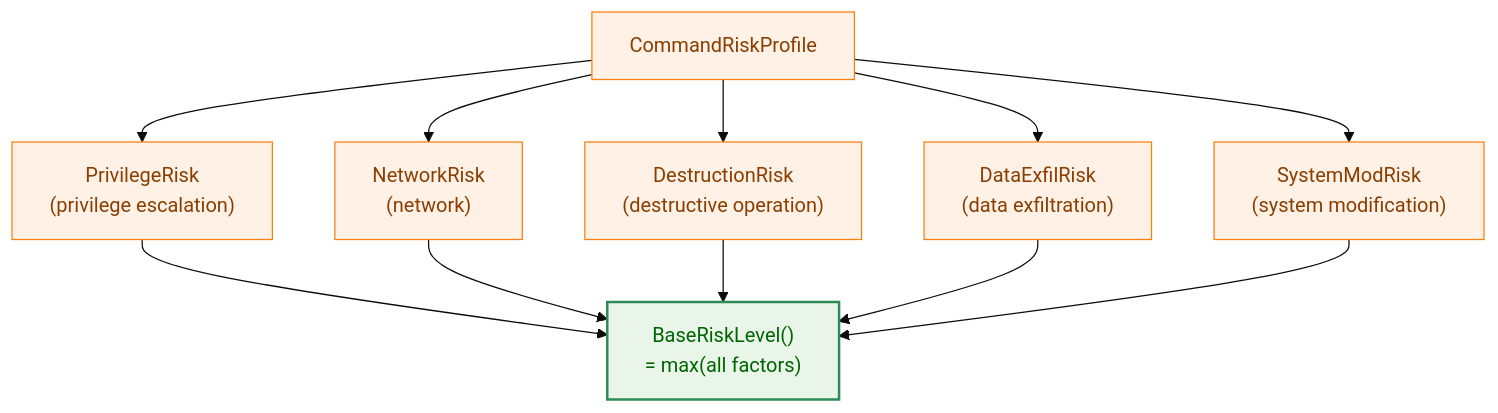
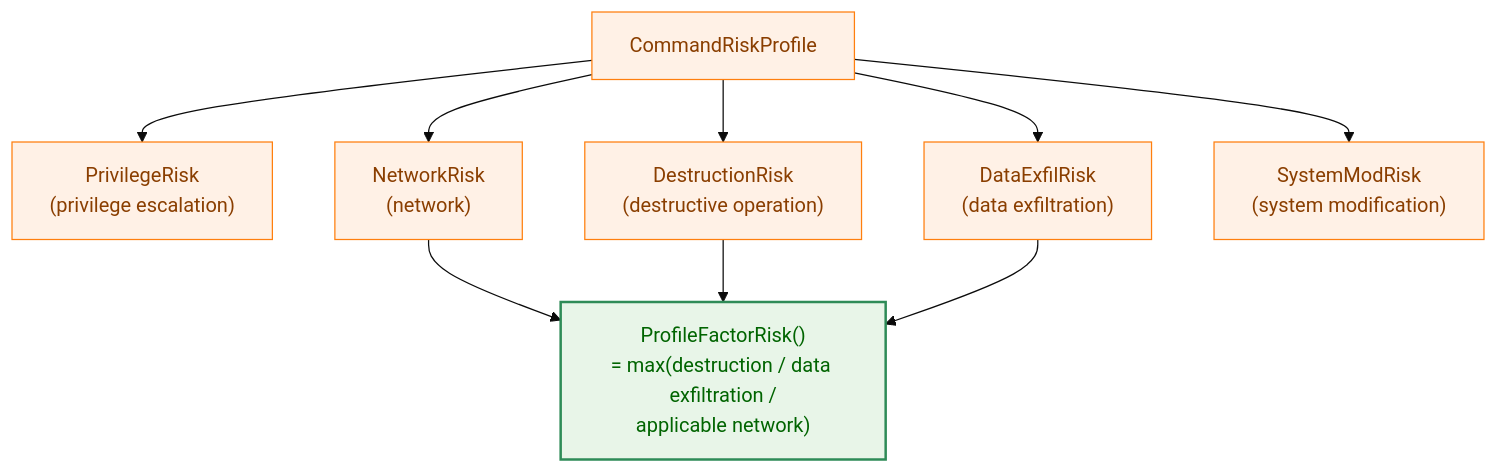
One commit to isseis/go-safe-cmd-runner changed the fifth of 5 diagrams in docs/dev/architecture_design/command-risk-evaluation.md. Above: the diagram before and after it, drawn with Mermaid (base theme). The commit also changed other lines of this file, not shown here.

First line of the commit message:
docs: update command risk evaluation guide (English translation)

````diff
--- a/docs/dev/architecture_design/command-risk-evaluation.md
+++ b/docs/dev/architecture_design/command-risk-evaluation.md
@@ -273,19 +227,18 @@
 ```mermaid
 flowchart TD
     classDef process fill:#fff1e6,stroke:#ff7f0e,stroke-width:1px,color:#8a3e00;
     classDef result fill:#e8f5e8,stroke:#2e8b57,stroke-width:2px,color:#006400;
 
     P["CommandRiskProfile"] --> F1["PrivilegeRisk<br>(privilege escalation)"]
     P --> F2["NetworkRisk<br>(network)"]
     P --> F3["DestructionRisk<br>(destructive operation)"]
     P --> F4["DataExfilRisk<br>(data exfiltration)"]
     P --> F5["SystemModRisk<br>(system modification)"]
-    F1 --> M["BaseRiskLevel()<br>= max(all factors)"]
-    F2 --> M
-    F3 --> M
-    F4 --> M
-    F5 --> M
+
+    F2 --> PF["ProfileFactorRisk()<br>= max(destruction / data exfiltration /<br>applicable network)"]
+    F3 --> PF
+    F4 --> PF
 
     class P,F1,F2,F3,F4,F5 process;
-    class M result;
+    class PF result;
 ```
````
